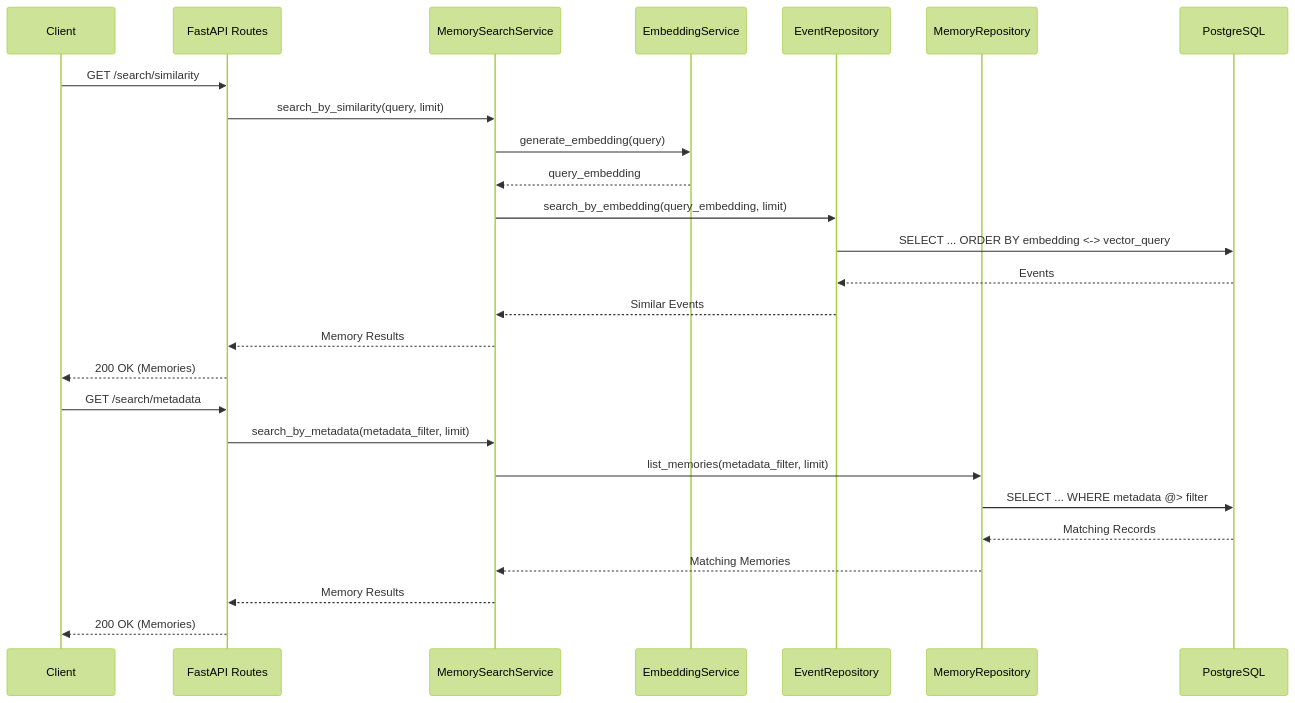
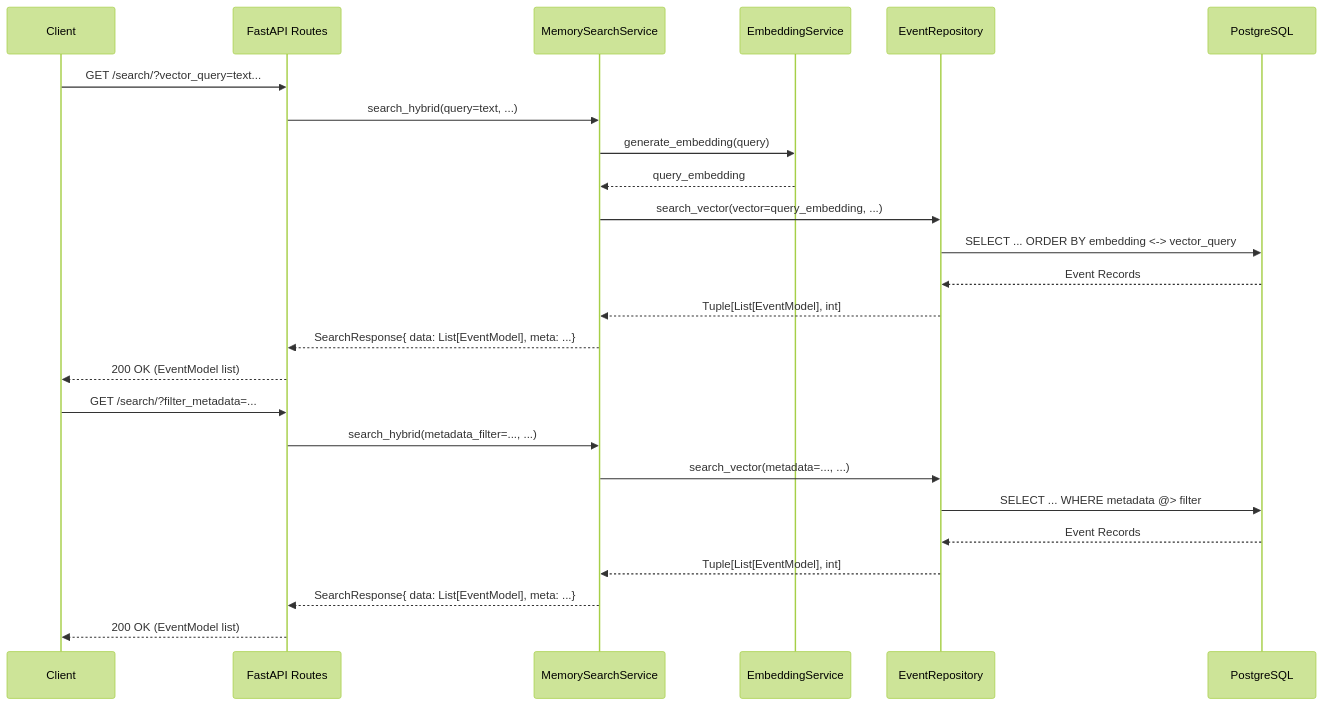
Before and after one commit to giak/mnemo-lite: the fifth of 8 diagrams in docs/architecture_diagrams.md, drawn with Mermaid (forest theme). The commit also changed other lines of this file and 69 other files, not shown here.

````diff
--- a/docs/architecture_diagrams.md
+++ b/docs/architecture_diagrams.md
@@ -145,30 +149,29 @@
 ```mermaid
 sequenceDiagram
     participant Client
     participant API as FastAPI Routes
     participant MS as MemorySearchService
     participant ES as EmbeddingService
     participant ER as EventRepository
-    participant MR as MemoryRepository
     participant DB as PostgreSQL
     
-    Client->>API: GET /search/similarity
-    API->>MS: search_by_similarity(query, limit)
+    Client->>API: GET /search/?vector_query=text...
+    API->>MS: search_hybrid(query=text, ...)
     MS->>ES: generate_embedding(query)
     ES-->>MS: query_embedding
-    MS->>ER: search_by_embedding(query_embedding, limit)
+    MS->>ER: search_vector(vector=query_embedding, ...)
     ER->>DB: SELECT ... ORDER BY embedding <-> vector_query
-    DB-->>ER: Events
-    ER-->>MS: Similar Events
-    MS-->>API: Memory Results
-    API-->>Client: 200 OK (Memories)
+    DB-->>ER: Event Records
+    ER-->>MS: Tuple[List[EventModel], int]
+    MS-->>API: SearchResponse{ data: List[EventModel], meta: ...}
+    API-->>Client: 200 OK (EventModel list)
     
-    Client->>API: GET /search/metadata
-    API->>MS: search_by_metadata(metadata_filter, limit)
-    MS->>MR: list_memories(metadata_filter, limit)
-    MR->>DB: SELECT ... WHERE metadata @> filter
-    DB-->>MR: Matching Records
-    MR-->>MS: Matching Memories
-    MS-->>API: Memory Results
-    API-->>Client: 200 OK (Memories)
+    Client->>API: GET /search/?filter_metadata=...
+    API->>MS: search_hybrid(metadata_filter=..., ...)
+    MS->>ER: search_vector(metadata=..., ...)
+    ER->>DB: SELECT ... WHERE metadata @> filter
+    DB-->>ER: Event Records
+    ER-->>MS: Tuple[List[EventModel], int]
+    MS-->>API: SearchResponse{ data: List[EventModel], meta: ...}
+    API-->>Client: 200 OK (EventModel list)
 ```
````
